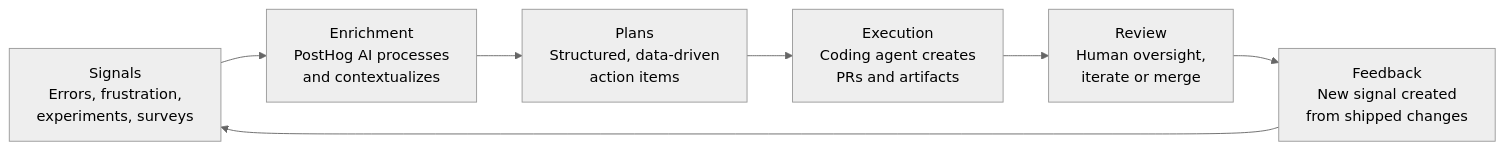
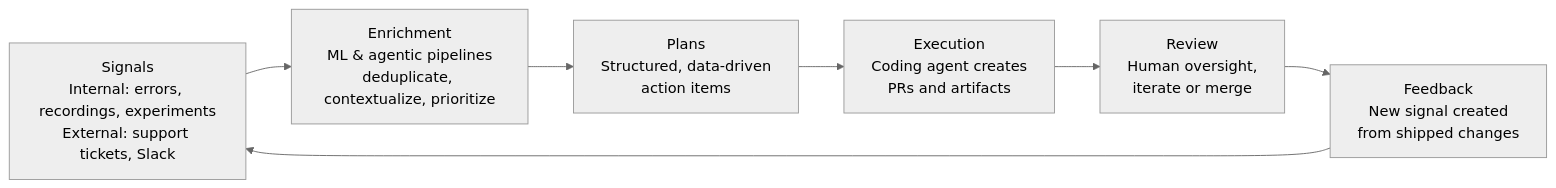
The diagram in contents/handbook/engineering/ai/ai-platform.md (PostHog/posthog.com), drawn with Mermaid (neutral theme) before and after one commit. The commit also changed other lines of this file, not shown here.

````diff
--- a/contents/handbook/engineering/ai/ai-platform.md
+++ b/contents/handbook/engineering/ai/ai-platform.md
@@ -49,9 +49,9 @@
 ```mermaid
 graph LR
-    Signals[Signals<br/>Errors, frustration,<br/>experiments, surveys] --> Enrichment[Enrichment<br/>PostHog AI processes<br/>and contextualizes]
+    Signals[Signals<br/>Internal: errors, recordings, experiments<br/>External: support tickets, Slack] --> Enrichment[Enrichment<br/>ML & agentic pipelines<br/>deduplicate, contextualize, prioritize]
     Enrichment --> Plans[Plans<br/>Structured, data-driven<br/>action items]
     Plans --> Execution[Execution<br/>Coding agent creates<br/>PRs and artifacts]
     Execution --> Review[Review<br/>Human oversight,<br/>iterate or merge]
     Review --> Feedback[Feedback<br/>New signal created<br/>from shipped changes]
     Feedback --> Signals
 ```
````
